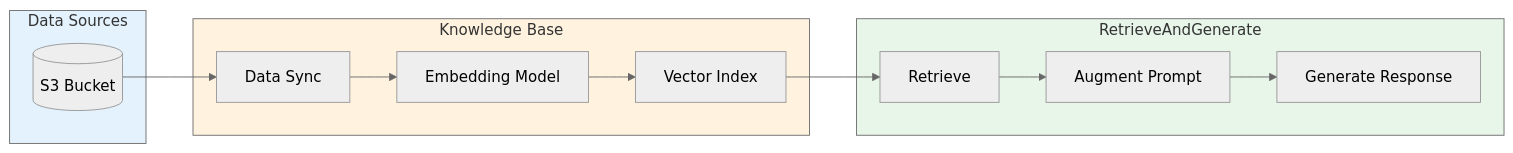
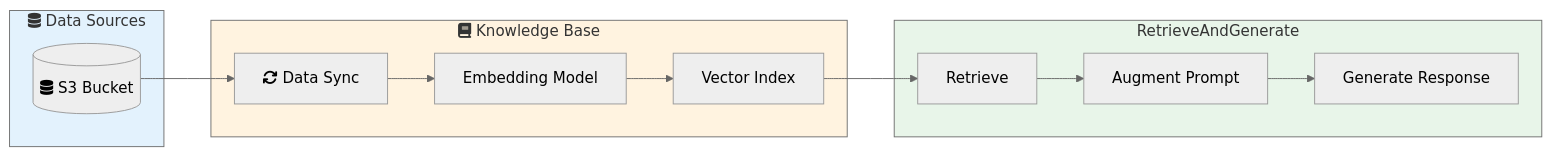
The third of 3 diagrams in aws-ml-associate-prep/09-bedrock-rag/LAB.md (vinu76jsr/aws-sample-projects), drawn with Mermaid (neutral theme) before and after one commit. The commit also changed other lines of this file and 15 other files, not shown here.

First line of the commit message:
Add Font Awesome icons to all Mermaid diagrams

````diff
--- a/aws-ml-associate-prep/09-bedrock-rag/LAB.md
+++ b/aws-ml-associate-prep/09-bedrock-rag/LAB.md
@@ -78,29 +78,29 @@
 ```mermaid
 flowchart LR
-    subgraph Sources["Data Sources"]
-        S3[(S3 Bucket)]
+    subgraph Sources["fa:fa-database Data Sources"]
+        S3[(fa:fa-database S3 Bucket)]
     end
 
-    subgraph KB["Knowledge Base"]
-        Sync[Data Sync]
+    subgraph KB["fa:fa-book Knowledge Base"]
+        Sync[fa:fa-sync Data Sync]
         Embed[Embedding Model]
         Index[Vector Index]
     end
 
     subgraph Query["RetrieveAndGenerate"]
         Retrieve[Retrieve]
         Augment[Augment Prompt]
         Generate[Generate Response]
     end
 
     S3 --> Sync
     Sync --> Embed
     Embed --> Index
     Index --> Retrieve
     Retrieve --> Augment
     Augment --> Generate
 
     style Sources fill:#e3f2fd
     style KB fill:#fff3e0
     style Query fill:#e8f5e9
 ```
````
